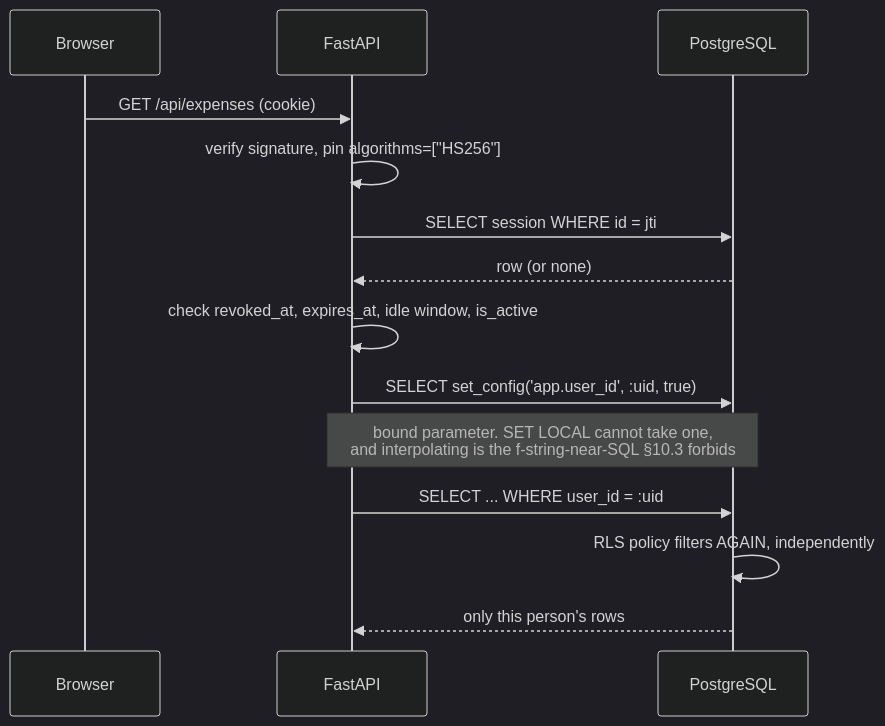
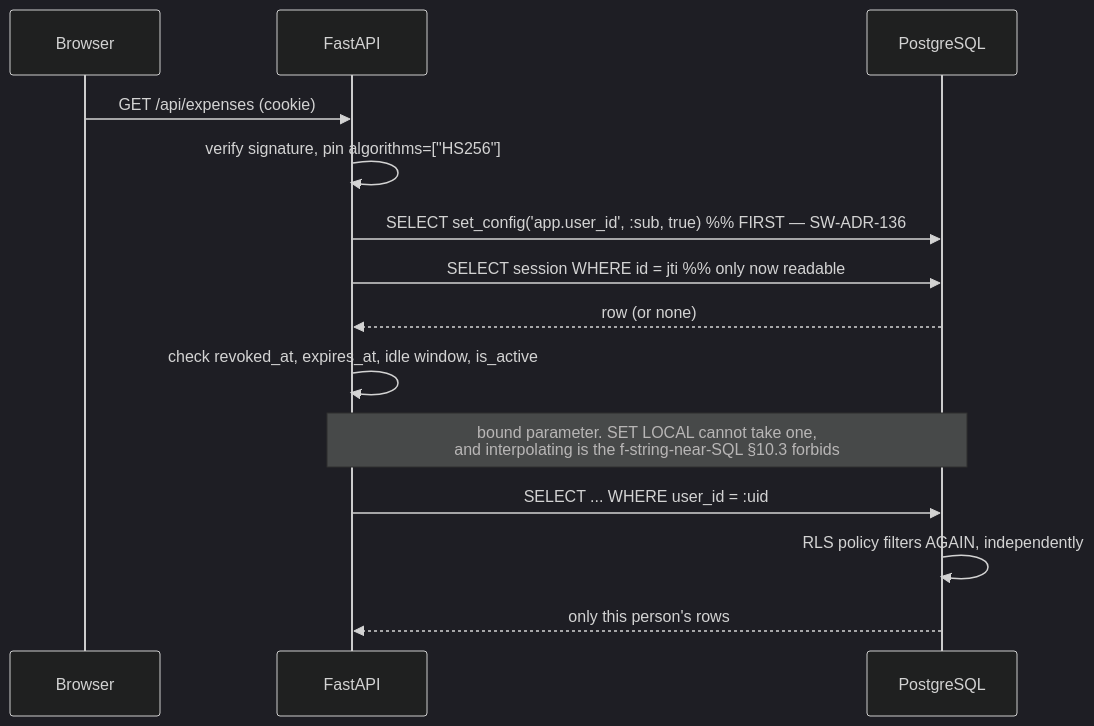
The diagram in docs/07 Architecture/for_llm/03_security_isolation.md (AniruddhasGit/SpendWise_AWS), drawn with Mermaid (dark theme) before and after one commit. The commit also changed other lines of this file and 18 other files, not shown here.

````diff
--- a/docs/07 Architecture/for_llm/03_security_isolation.md
+++ b/docs/07 Architecture/for_llm/03_security_isolation.md
@@ -5,16 +13,16 @@
 ```mermaid
 sequenceDiagram
     participant B as Browser
     participant A as FastAPI
     participant D as PostgreSQL
     B->>A: GET /api/expenses (cookie)
     A->>A: verify signature, pin algorithms=["HS256"]
-    A->>D: SELECT session WHERE id = jti
+    A->>D: SELECT set_config('app.user_id', :sub, true)   %% FIRST — SW-ADR-136
+    A->>D: SELECT session WHERE id = jti                  %% only now readable
     D-->>A: row (or none)
     A->>A: check revoked_at, expires_at, idle window, is_active
-    A->>D: SELECT set_config('app.user_id', :uid, true)
     Note over A,D: bound parameter. SET LOCAL cannot take one,<br/>and interpolating is the f-string-near-SQL §10.3 forbids
     A->>D: SELECT ... WHERE user_id = :uid
     D->>D: RLS policy filters AGAIN, independently
     D-->>A: only this person's rows
 ```
````
